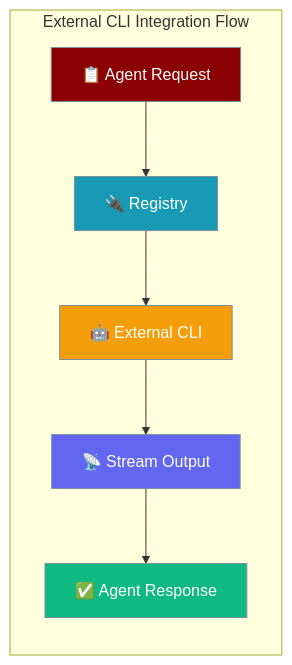
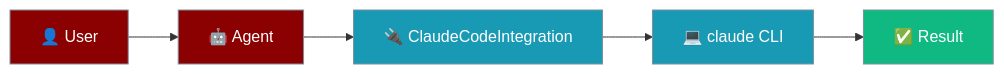
The first of 3 diagrams in docs/features/external-cli-integrations.mdx (MervinPraison/PraisonAIDocs), drawn with Mermaid before and after one commit. The commit also changed other lines of this file and 1 other file, not shown here.

First line of the commit message:
docs: document External CLI Integrations (Claude Code), stateless session API & thread-safety guarantees

````diff
--- a/docs/features/external-cli-integrations.mdx
+++ b/docs/features/external-cli-integrations.mdx
@@ -10,21 +10,16 @@
 ```mermaid
 graph LR
-    subgraph "External CLI Integration Flow"
-        A[📋 Agent Request] --> B[🔌 Registry]
-        B --> C[🤖 External CLI]
-        C --> D[📡 Stream Output]
-        D --> E[✅ Agent Response]
-    end
-    
-    classDef agent fill:#8B0000,stroke:#7C90A0,color:#fff
-    classDef registry fill:#189AB4,stroke:#7C90A0,color:#fff
-    classDef cli fill:#F59E0B,stroke:#7C90A0,color:#fff
-    classDef stream fill:#6366F1,stroke:#7C90A0,color:#fff
-    classDef result fill:#10B981,stroke:#7C90A0,color:#fff
-    
-    class A agent
-    class B registry
-    class C cli
-    class D stream
-    class E result
+    User[👤 User] --> Agent[🤖 Agent]
+    Agent --> Integration[🔌 ClaudeCodeIntegration]
+    Integration --> CLI[💻 claude CLI]
+    CLI --> Result[✅ Result]
+
+    classDef input fill:#8B0000,stroke:#7C90A0,color:#fff
+    classDef agent fill:#6366F1,stroke:#7C90A0,color:#fff
+    classDef tool fill:#189AB4,stroke:#7C90A0,color:#fff
+    classDef output fill:#10B981,stroke:#7C90A0,color:#fff
+
+    class User,Agent input
+    class Integration,CLI tool
+    class Result output
 ```
````
